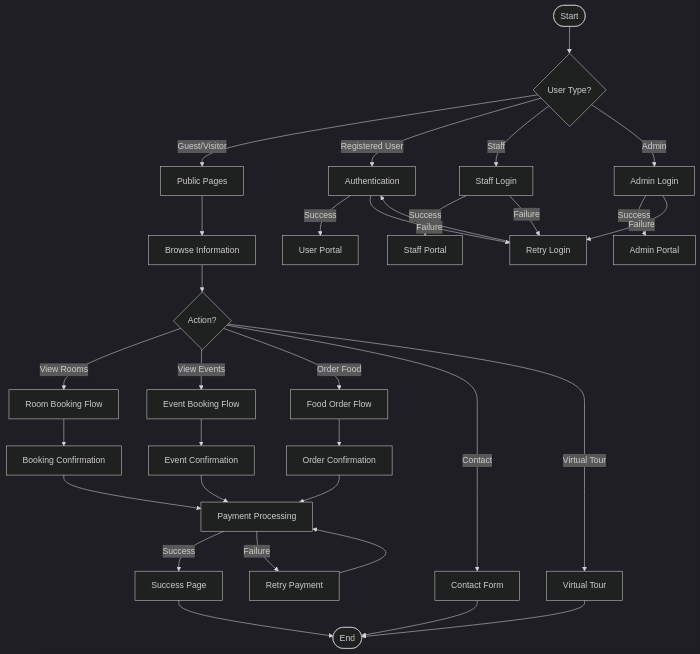
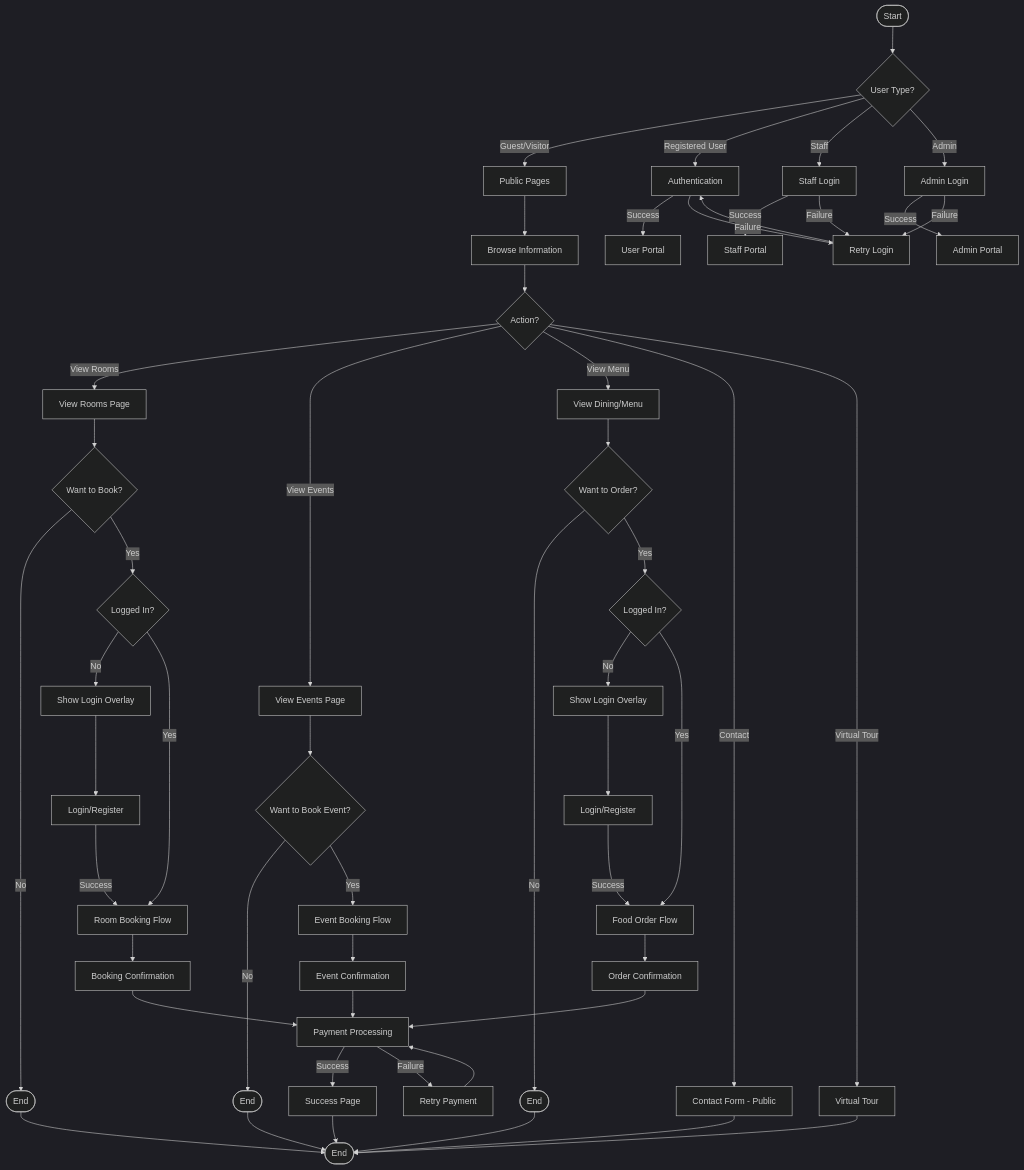
Before and after one commit to kairu15/Project-Hotel-Management-System: the first of 12 diagrams in docs/System_Flowchart.md, drawn with Mermaid (dark theme). The commit also changed 2 other files, not shown here.

````diff
--- a/docs/System_Flowchart.md
+++ b/docs/System_Flowchart.md
@@ -9,44 +9,71 @@
 ```mermaid
 flowchart TB
     START([Start]) --> USER_TYPE{User Type?}
     
     USER_TYPE -->|Guest/Visitor| PUBLIC[Public Pages]
     USER_TYPE -->|Registered User| AUTH[Authentication]
     USER_TYPE -->|Staff| STAFF_AUTH[Staff Login]
     USER_TYPE -->|Admin| ADMIN_AUTH[Admin Login]
     
     PUBLIC --> BROWSE[Browse Information]
     BROWSE --> ACTION{Action?}
     
-    ACTION -->|View Rooms| ROOM_FLOW[Room Booking Flow]
-    ACTION -->|View Events| EVENT_FLOW[Event Booking Flow]
-    ACTION -->|Order Food| FOOD_FLOW[Food Order Flow]
-    ACTION -->|Contact| CONTACT[Contact Form]
+    ACTION -->|View Rooms| VIEW_ROOMS[View Rooms Page]
+    ACTION -->|View Events| VIEW_EVENTS[View Events Page]
+    ACTION -->|View Menu| VIEW_MENU[View Dining/Menu]
+    ACTION -->|Contact| CONTACT[Contact Form - Public]
     ACTION -->|Virtual Tour| VIRTUAL_TOUR[Virtual Tour]
+    
+    VIEW_ROOMS --> BOOKING_ACTION{Want to Book?}
+    VIEW_EVENTS --> EVENT_ACTION{Want to Book Event?}
+    VIEW_MENU --> ORDER_ACTION{Want to Order?}
+    
+    BOOKING_ACTION -->|No| END1([End])
+    EVENT_ACTION -->|No| END2([End])
+    ORDER_ACTION -->|No| END3([End])
+    
+    BOOKING_ACTION -->|Yes| LOGIN_CHECK1{Logged In?}
+    EVENT_ACTION -->|Yes| EVENT_FLOW[Event Booking Flow]
+    ORDER_ACTION -->|Yes| LOGIN_CHECK2{Logged In?}
+    
+    LOGIN_CHECK1 -->|No| PROMPT_LOGIN1[Show Login Overlay]
+    LOGIN_CHECK1 -->|Yes| ROOM_FLOW[Room Booking Flow]
+    
+    LOGIN_CHECK2 -->|No| PROMPT_LOGIN2[Show Login Overlay]
+    LOGIN_CHECK2 -->|Yes| FOOD_FLOW[Food Order Flow]
+    
+    PROMPT_LOGIN1 --> AUTH_REDIRECT1[Login/Register]
+    PROMPT_LOGIN2 --> AUTH_REDIRECT2[Login/Register]
+    
+    AUTH_REDIRECT1 -->|Success| ROOM_FLOW
+    AUTH_REDIRECT2 -->|Success| FOOD_FLOW
     
     AUTH -->|Success| USER_PORTAL[User Portal]
     AUTH -->|Failure| RETRY[Retry Login]
     RETRY --> AUTH
     
     STAFF_AUTH -->|Success| STAFF_PORTAL[Staff Portal]
     STAFF_AUTH -->|Failure| RETRY
     
     ADMIN_AUTH -->|Success| ADMIN_PORTAL[Admin Portal]
     ADMIN_AUTH -->|Failure| RETRY
     
     ROOM_FLOW --> BOOKING_CONFIRM[Booking Confirmation]
     EVENT_FLOW --> EVENT_CONFIRM[Event Confirmation]
     FOOD_FLOW --> FOOD_CONFIRM[Order Confirmation]
     
     BOOKING_CONFIRM --> PAYMENT[Payment Processing]
     EVENT_CONFIRM --> PAYMENT
     FOOD_CONFIRM --> PAYMENT
     
     PAYMENT -->|Success| SUCCESS[Success Page]
     PAYMENT -->|Failure| RETRY_PAYMENT[Retry Payment]
     RETRY_PAYMENT --> PAYMENT
     
     SUCCESS --> END([End])
     CONTACT --> END
     VIRTUAL_TOUR --> END
+    END1 --> END
+    END2 --> END
+    END3 --> END
 ```
````
